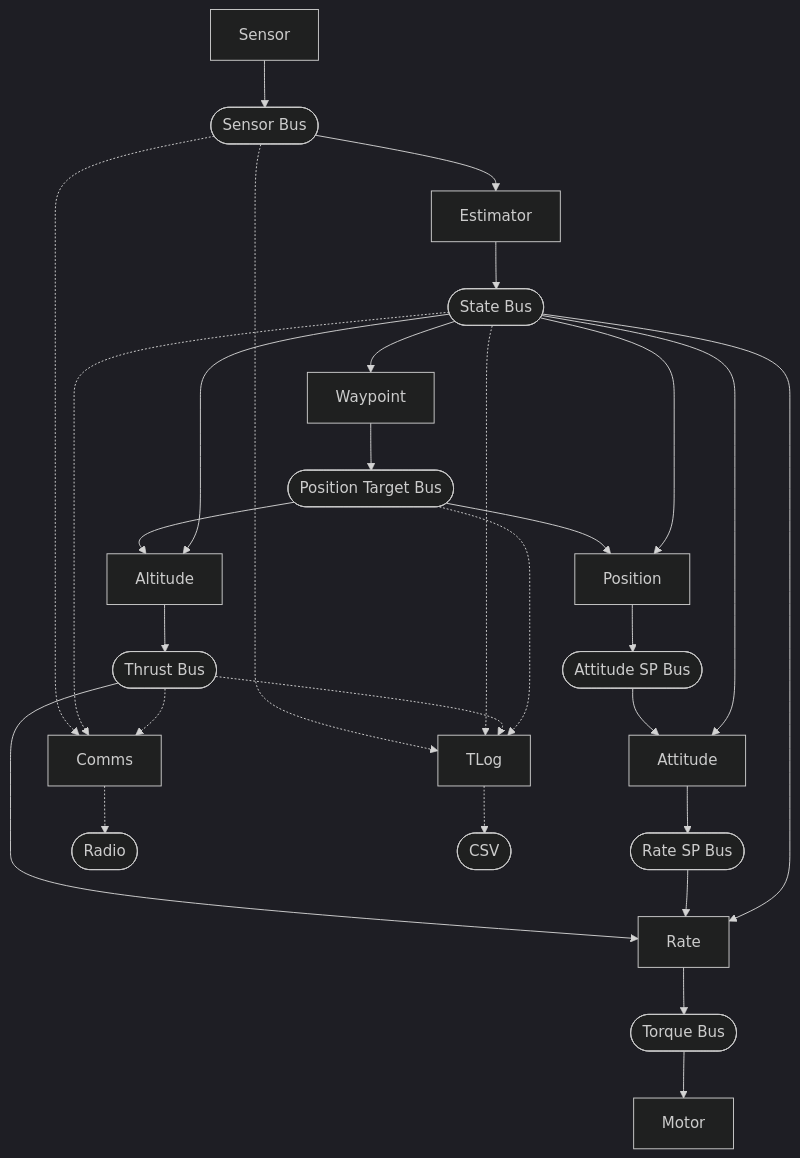
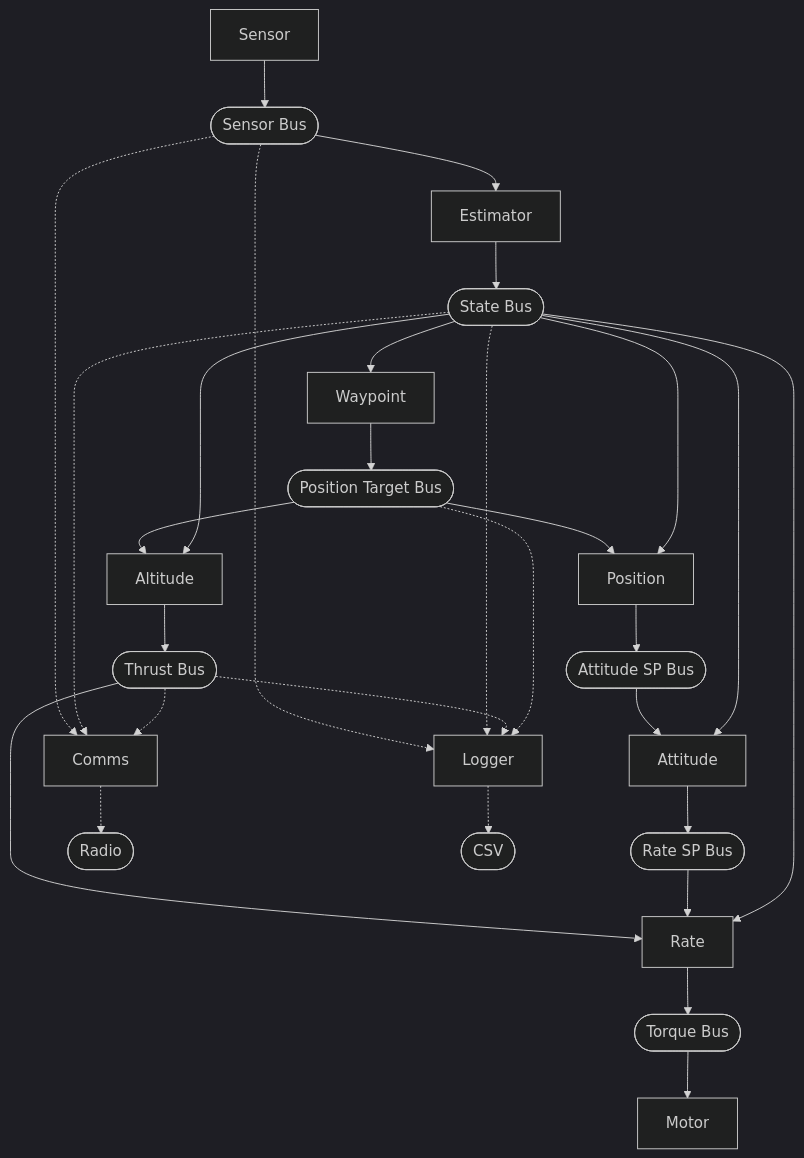
Before and after one commit to joagre/hive: the diagram in examples/pilot/README.md, drawn with Mermaid (dark theme). The commit also changed other lines of this file and 7 other files, not shown here.

First line of the commit message:
Rename stale 'tlog' references to 'logger' in pilot code and docs

````diff
--- a/examples/pilot/README.md
+++ b/examples/pilot/README.md
@@ -117,24 +117,24 @@
 ```mermaid
 graph TB
     Sensor[Sensor] --> SensorBus([Sensor Bus]) --> Estimator[Estimator] --> StateBus([State Bus])
 
     StateBus --> Waypoint[Waypoint] --> PositionTargetBus([Position Target Bus])
     PositionTargetBus --> Altitude[Altitude] --> ThrustBus([Thrust Bus]) --> Rate[Rate]
     PositionTargetBus --> Position[Position]
     StateBus --> Altitude
     StateBus --> Position --> AttitudeSP([Attitude SP Bus]) --> Attitude[Attitude]
     StateBus --> Attitude --> RateSP([Rate SP Bus]) --> Rate
     StateBus --> Rate
     Rate --> TorqueBus([Torque Bus]) --> Motor[Motor]
 
     SensorBus -.-> Comms[Comms]
     StateBus -.-> Comms
     ThrustBus -.-> Comms
     Comms -.-> Radio([Radio])
 
-    SensorBus -.-> TLog[TLog]
-    StateBus -.-> TLog
-    ThrustBus -.-> TLog
-    PositionTargetBus -.-> TLog
-    TLog -.-> CSV([CSV])
+    SensorBus -.-> Logger[Logger]
+    StateBus -.-> Logger
+    ThrustBus -.-> Logger
+    PositionTargetBus -.-> Logger
+    Logger -.-> CSV([CSV])
 ```
````
